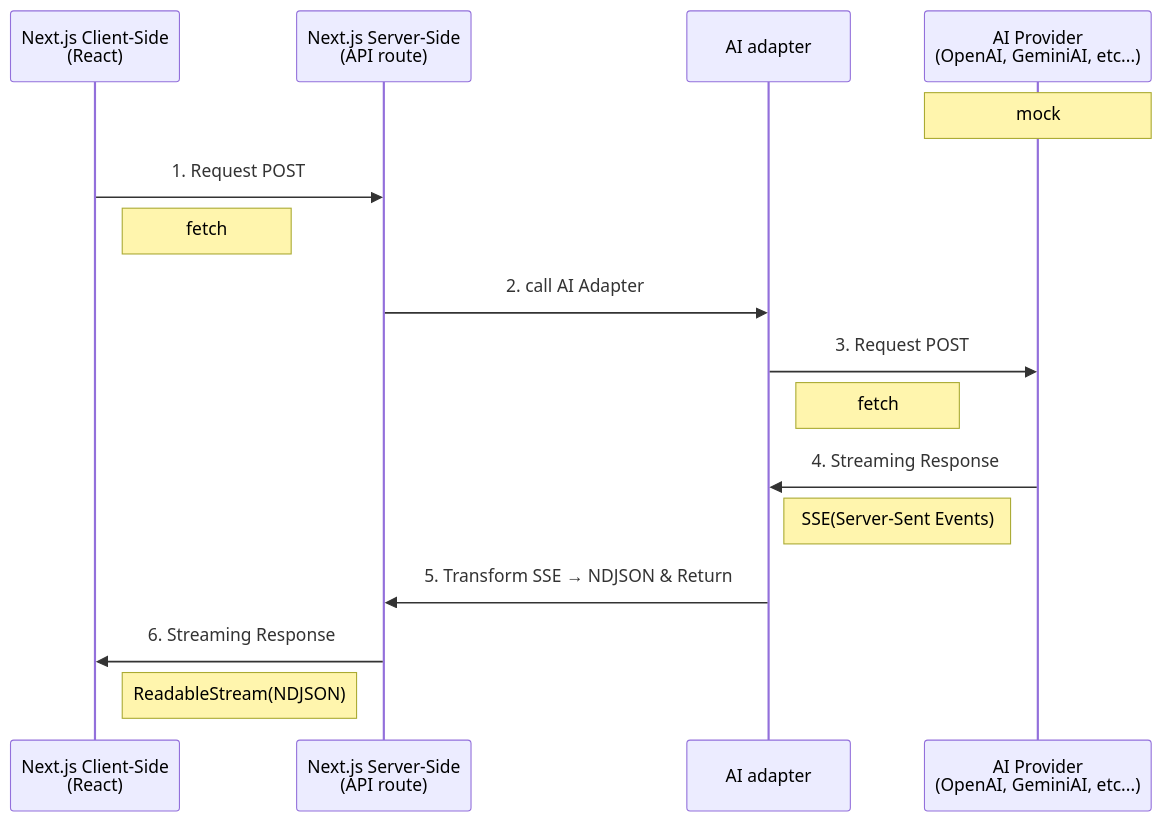
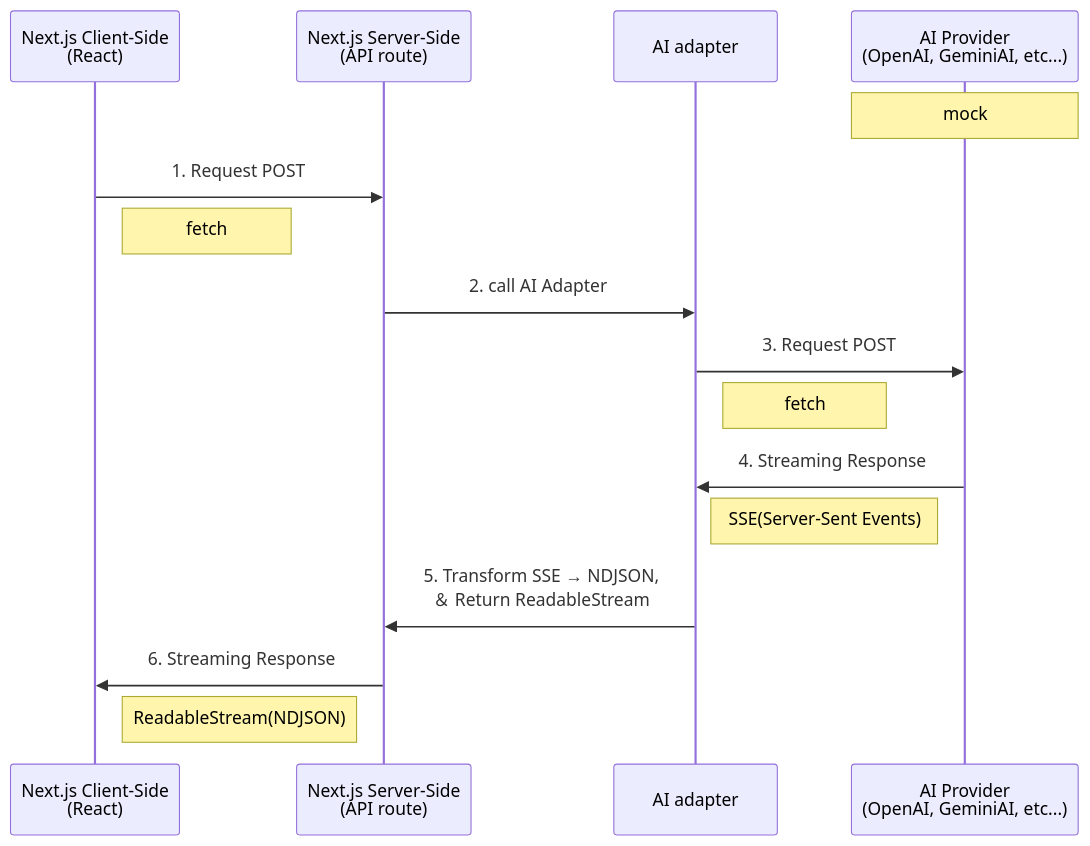
Before and after one commit to sudo-yoko/portfolio-nextjs: the diagram in _docs/memo.md, drawn with Mermaid.

````diff
--- a/_docs/memo.md
+++ b/_docs/memo.md
@@ -1,26 +1,26 @@
  ```mermaid
 
 sequenceDiagram
 participant C as Next.js Client-Side<br>(React)
 participant S as Next.js Server-Side<br>(API route)
 participant AD as AI adapter
 participant A as AI Provider<br>(OpenAI, GeminiAI, etc...)
 Note over A: mock
 
 C->>S: 1. Request POST
 Note right of C: fetch
 
 S->>AD: 2. call AI Adapter
 
 AD->>A: 3. Request POST
 Note Right of AD: fetch
 
 A->>AD: 4. Streaming Response
 Note left of A: SSE(Server-Sent Events)
 
-AD->>S: 5. Transform SSE → NDJSON & Return
+AD->>S: 5. Transform SSE → NDJSON,<br>＆ Return ReadableStream
 
 S->>C: 6. Streaming Response
 Note left of S: ReadableStream(NDJSON)
 
  ```
````
